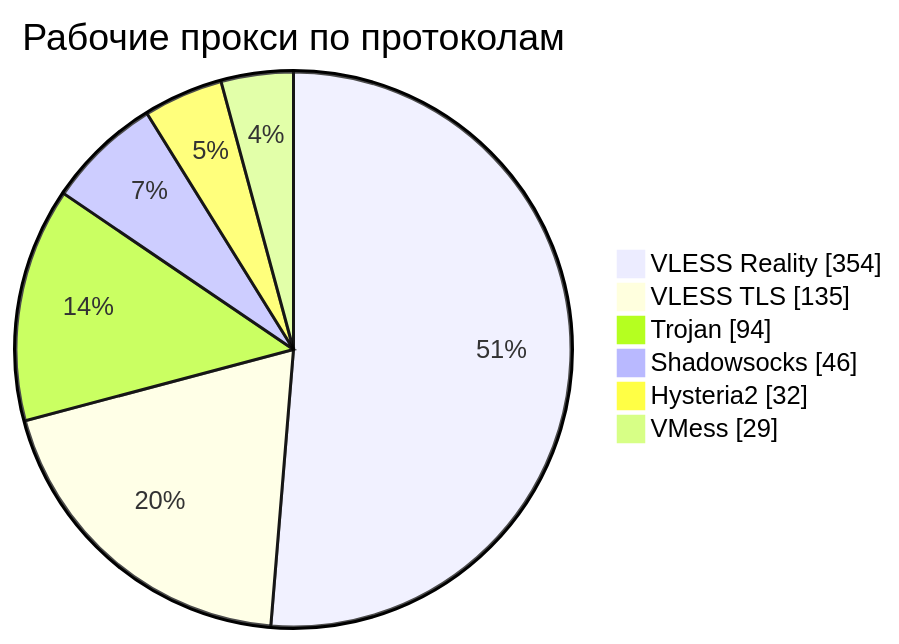
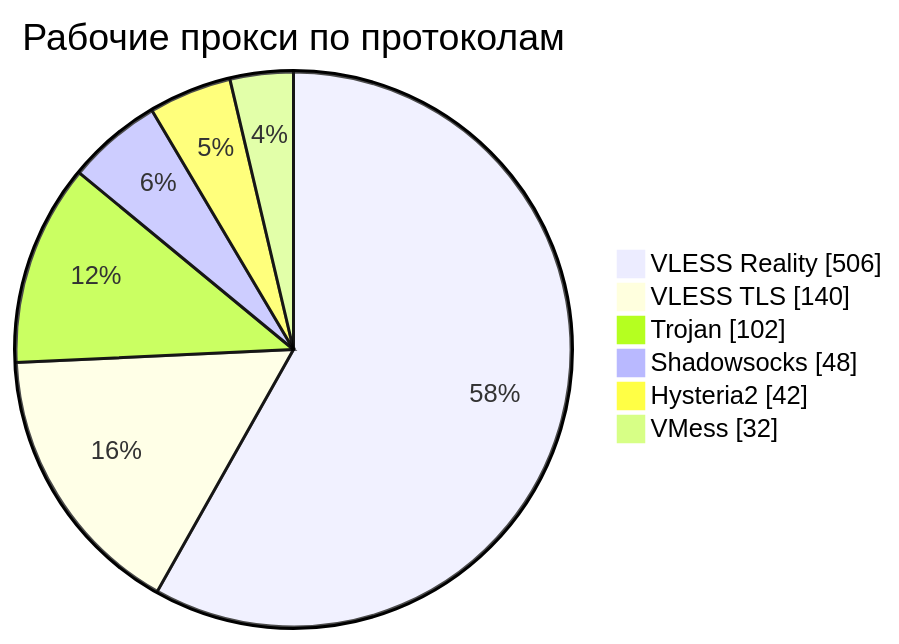
Before and after one commit to rvvg/proxy-subs: the third of 4 diagrams in README.md, drawn with Mermaid. The commit also changed other lines of this file and 50 other files, not shown here.

````diff
--- a/README.md
+++ b/README.md
@@ -135,10 +140,10 @@
 ```mermaid
 pie showData
     title Рабочие прокси по протоколам
-    "VLESS Reality" : 354
-    "VLESS TLS" : 135
-    "Trojan" : 94
-    "Shadowsocks" : 46
-    "Hysteria2" : 32
-    "VMess" : 29
+    "VLESS Reality" : 506
+    "VLESS TLS" : 140
+    "Trojan" : 102
+    "Shadowsocks" : 48
+    "Hysteria2" : 42
+    "VMess" : 32
 ```
````
